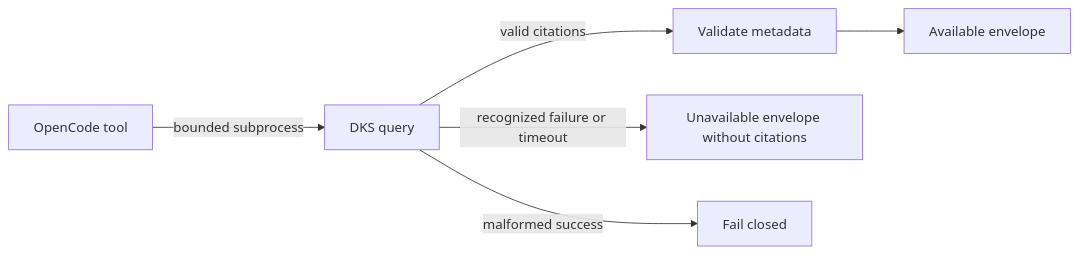
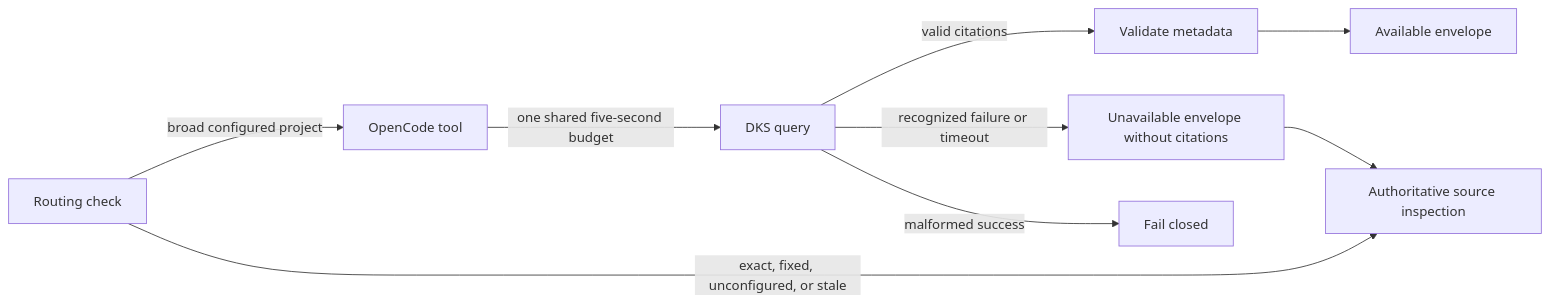
The diagram in docs/specs/opencode_control_plane/features/dks-query-recovery.md (Saltiola7/dotfiles-ai), drawn with Mermaid before and after one commit. The commit also changed other lines of this file and 8 other files, not shown here.

Commit message:
docs(dks): bound optional query routing

````diff
--- a/docs/specs/opencode_control_plane/features/dks-query-recovery.md
+++ b/docs/specs/opencode_control_plane/features/dks-query-recovery.md
@@ -93,10 +127,13 @@
 ```mermaid
 flowchart LR
     accTitle: Bounded DKS tool response flow
-    accDescr: OpenCode starts a bounded DKS subprocess. Valid citation output becomes an available untrusted metadata envelope. Recognized operational failure or timeout becomes sanitized typed unavailability with no citations. Malformed successful output fails closed and is not returned to the model.
-    O[OpenCode tool] -->|bounded subprocess| D[DKS query]
+    accDescr: OpenCode routes only broad configured-project questions to one bounded DKS attempt. Valid project- and revision-compatible citation output becomes an available untrusted metadata envelope. Recognized operational failure or timeout becomes sanitized typed unavailability with no citations. Other work goes directly to authoritative source inspection.
+    R[Routing check] -->|broad configured project| O[OpenCode tool]
+    R -->|exact, fixed, unconfigured, or stale| S[Authoritative source inspection]
+    O -->|one shared five-second budget| D[DKS query]
     D -->|valid citations| V[Validate metadata]
     V --> A[Available envelope]
     D -->|recognized failure or timeout| U[Unavailable envelope without citations]
+    U --> S
     D -->|malformed success| F[Fail closed]
 ```
````
